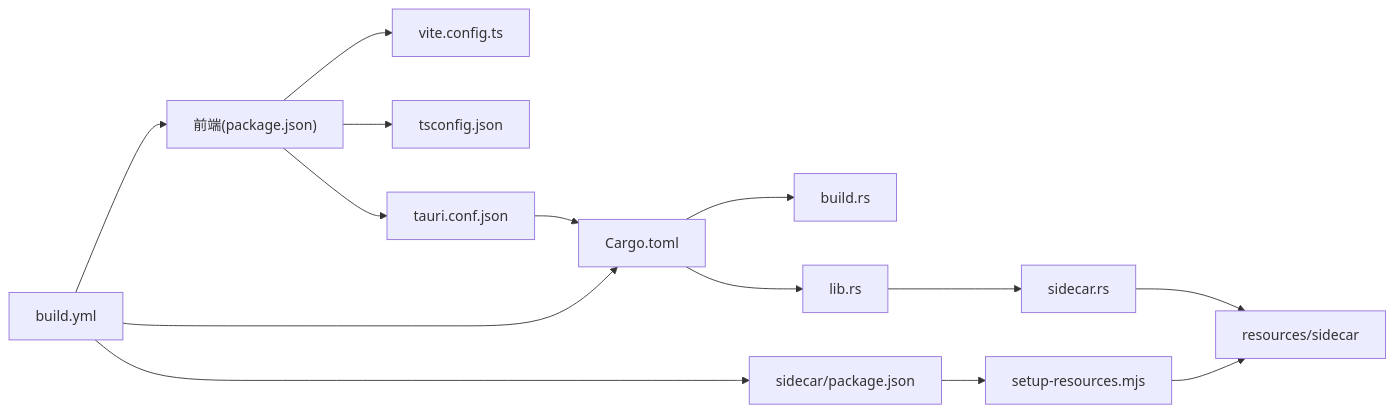
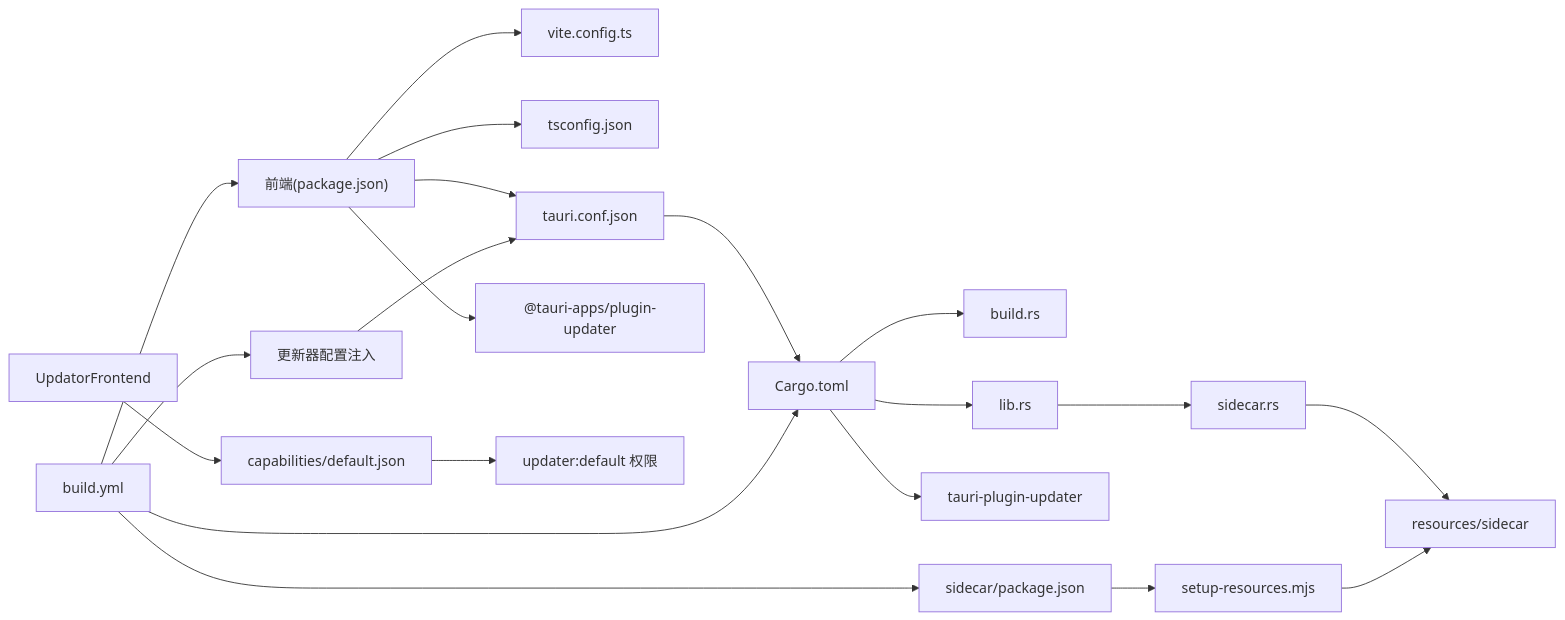
One commit to RabbitAI-Lab/RabbitCoding changed the eighth of 8 diagrams in .qoder/repowiki/zh/content/部署和发布/构建流程.md. Above: the diagram before and after it, drawn with Mermaid. The commit also changed other lines of this file and 32 other files, not shown here.

````diff
--- a/.qoder/repowiki/zh/content/部署和发布/构建流程.md
+++ b/.qoder/repowiki/zh/content/部署和发布/构建流程.md
@@ -333,16 +421,22 @@
 ```mermaid
 graph LR
 FE["前端(package.json)"] --> ViteCfg["vite.config.ts"]
 FE --> TS["tsconfig.json"]
 FE --> TauriConf["tauri.conf.json"]
+FE --> UpdaterFrontend["@tauri-apps/plugin-updater"]
 TauriConf --> Cargo["Cargo.toml"]
 Cargo --> BuildRS["build.rs"]
 Cargo --> LibRS["lib.rs"]
+Cargo --> UpdaterPlugin["tauri-plugin-updater"]
 LibRS --> SidecarRS["sidecar.rs"]
 SidecarRS --> Resources["resources/sidecar"]
+UpdatorFrontend --> Capabilities["capabilities/default.json"]
+Capabilities --> UpdaterPermissions["updater:default 权限"]
 SidecarPkg["sidecar/package.json"] --> SetupMJS["setup-resources.mjs"]
 SetupMJS --> Resources
 GH["build.yml"] --> FE
 GH --> Cargo
 GH --> SidecarPkg
+GH --> UpdaterConfig["更新器配置注入"]
+UpdaterConfig --> TauriConf
 ```
````
